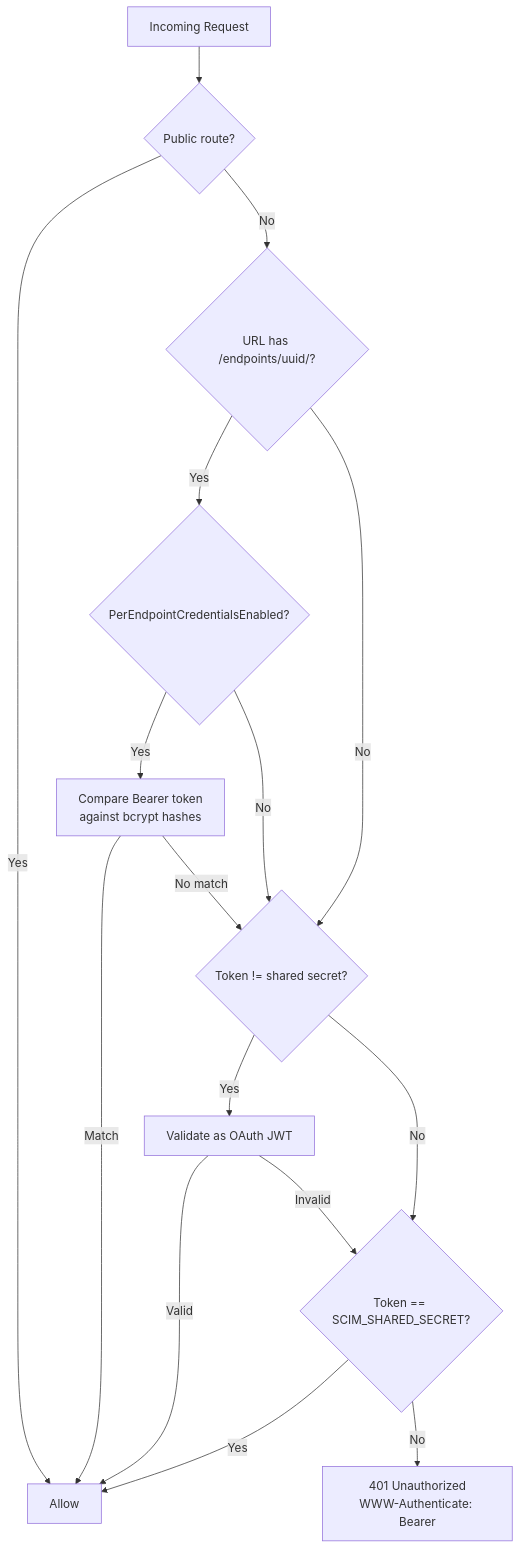
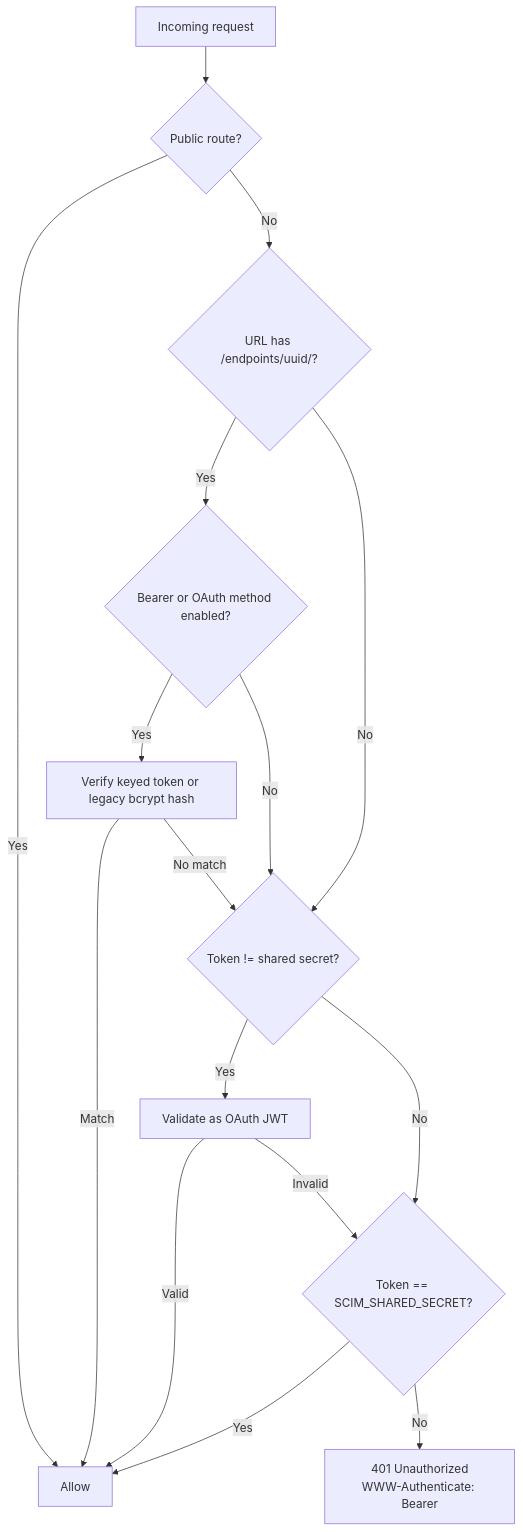
One commit to pranems/SCIMServer changed the third of 5 diagrams in README.md. Above: the diagram before and after it, drawn with Mermaid. The commit also changed other lines of this file and 113 other files, not shown here.

````diff
--- a/README.md
+++ b/README.md
@@ -377,18 +377,18 @@
 ```mermaid
 flowchart TD
-    A[Incoming Request] --> B{Public route?}
+  A["Incoming request"] --> B{"Public route?"}
     B -->|Yes| Z[Allow]
-    B -->|No| C{URL has /endpoints/uuid/?}
-    C -->|Yes| D{PerEndpointCredentialsEnabled?}
-    D -->|Yes| E[Compare Bearer token<br>against bcrypt hashes]
+  B -->|No| C{"URL has /endpoints/uuid/?"}
+  C -->|Yes| D{"Bearer or OAuth method enabled?"}
+  D -->|Yes| E["Verify keyed token or legacy bcrypt hash"]
     E -->|Match| Z
     E -->|No match| F
     D -->|No| F
     C -->|No| F
-    F{Token != shared secret?} -->|Yes| G[Validate as OAuth JWT]
+    F{"Token != shared secret?"} -->|Yes| G["Validate as OAuth JWT"]
     G -->|Valid| Z
     G -->|Invalid| H
     F -->|No| H
-    H{Token == SCIM_SHARED_SECRET?} -->|Yes| Z
-    H -->|No| I[401 Unauthorized<br>WWW-Authenticate: Bearer]
+    H{"Token == SCIM_SHARED_SECRET?"} -->|Yes| Z
+    H -->|No| I["401 Unauthorized<br/>WWW-Authenticate: Bearer"]
 ```
````
